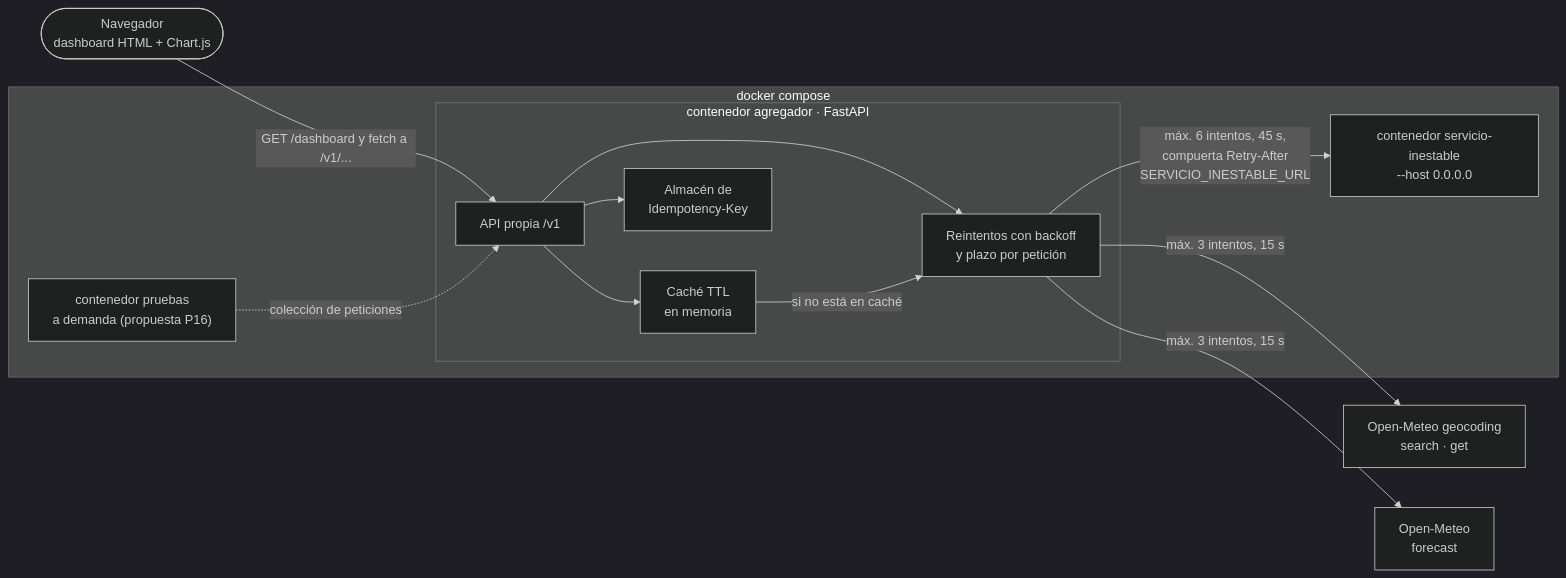
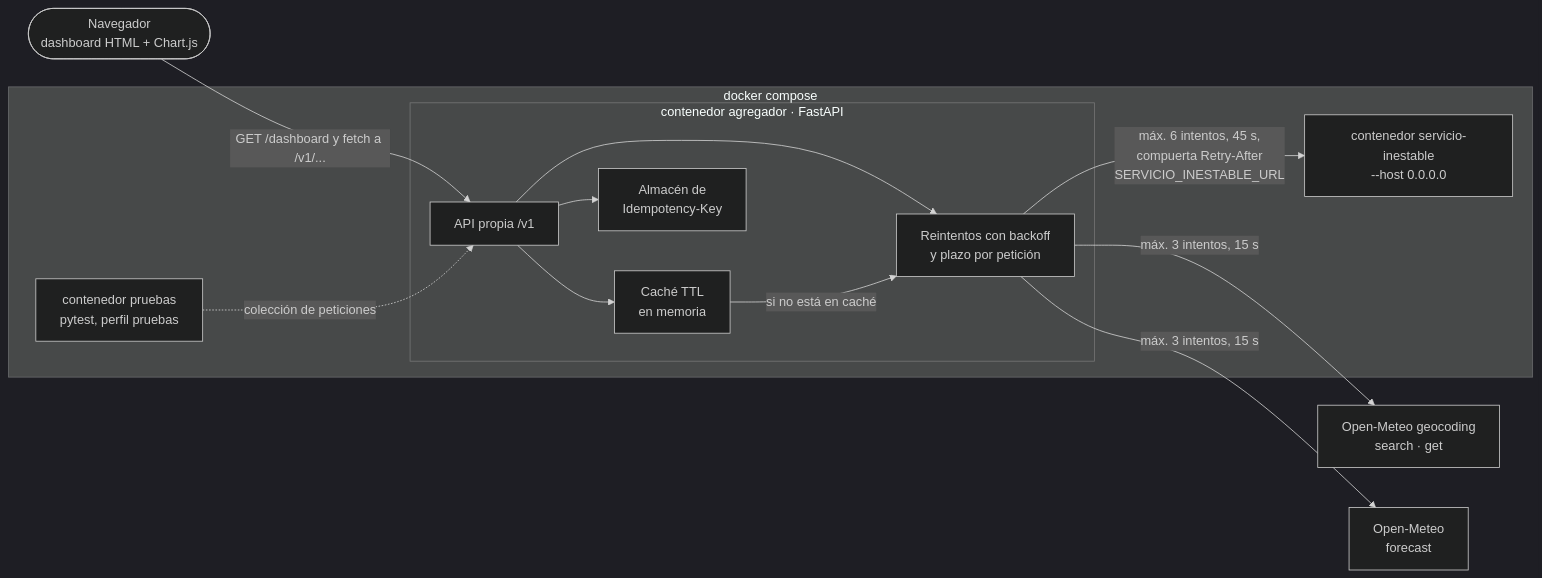
One commit to Maria-Fernanda-Ruiz/agregador-resiliente changed the second of 4 diagrams in README.md. Above: the diagram before and after it, drawn with Mermaid (dark theme). The commit also changed other lines of this file and 3 other files, not shown here.

````diff
--- a/README.md
+++ b/README.md
@@ -61,18 +62,18 @@
 ```mermaid
 flowchart LR
     U(["Navegador<br/>dashboard HTML + Chart.js"]) -->|"GET /dashboard y fetch a /v1/..."| API
     subgraph DC["docker compose"]
         subgraph AG["contenedor agregador · FastAPI"]
             API["API propia /v1"] --> CA["Caché TTL<br/>en memoria"]
             API --> RS["Reintentos con backoff<br/>y plazo por petición"]
             CA -->|"si no está en caché"| RS
             API --> ID["Almacén de<br/>Idempotency-Key"]
         end
         SI["contenedor servicio-inestable<br/>--host 0.0.0.0"]
-        PR["contenedor pruebas<br/>a demanda (propuesta P16)"]
+        PR["contenedor pruebas<br/>pytest, perfil pruebas"]
     end
     RS -->|"máx. 3 intentos, 15 s"| GEO["Open-Meteo geocoding<br/>search · get"]
     RS -->|"máx. 3 intentos, 15 s"| FC["Open-Meteo<br/>forecast"]
     RS -->|"máx. 6 intentos, 45 s,<br/>compuerta Retry-After<br/>SERVICIO_INESTABLE_URL"| SI
     PR -.->|"colección de peticiones"| API
 ```
````
